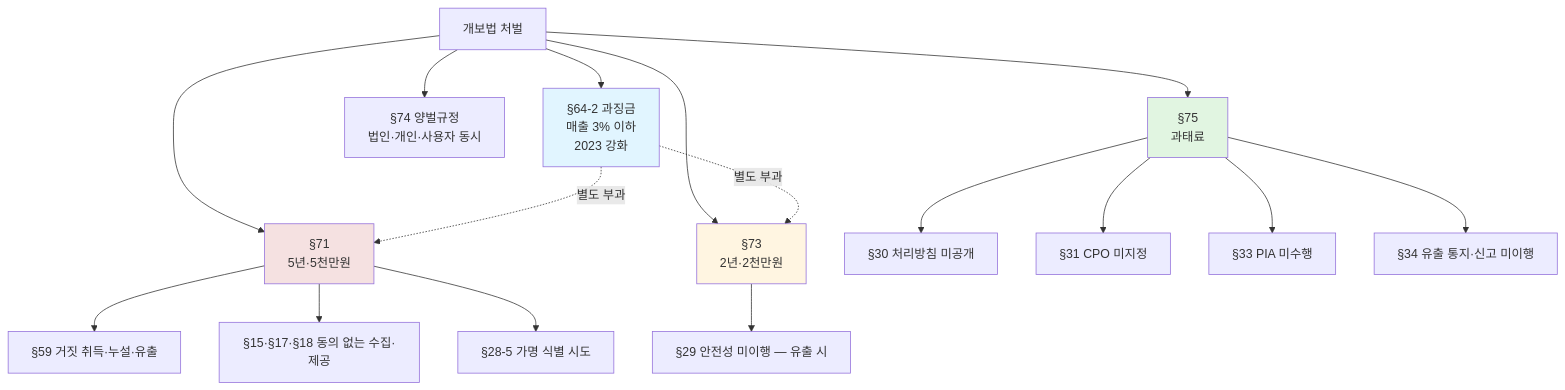
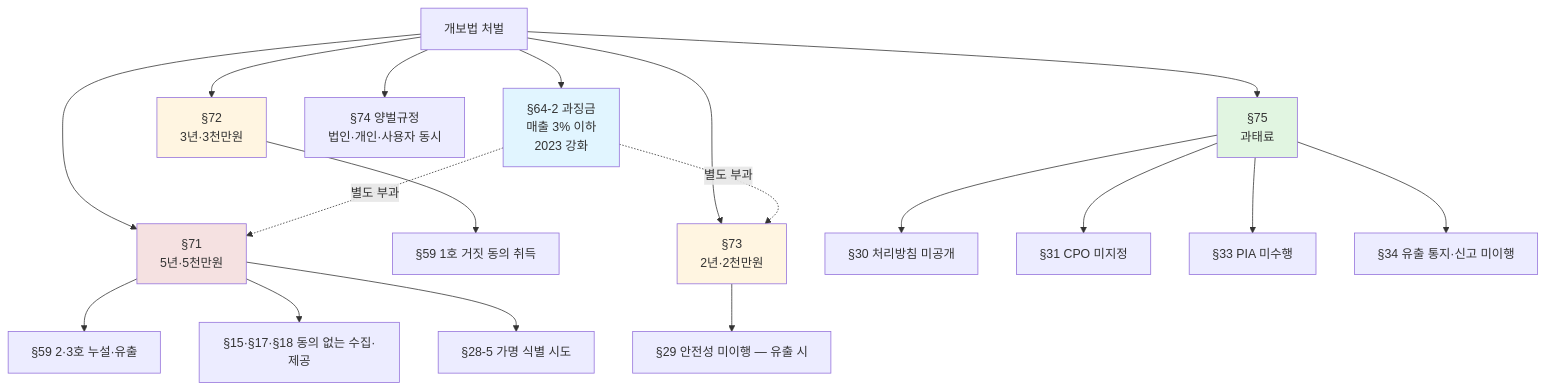
The fifth of 5 diagrams in cs/information-security/study/05.management-and-law/08.privacy-law.md (ianrang/cs-study), drawn with Mermaid before and after one commit. The commit also changed other lines of this file and 1 other file, not shown here.

````diff
--- a/cs/information-security/study/05.management-and-law/08.privacy-law.md
+++ b/cs/information-security/study/05.management-and-law/08.privacy-law.md
@@ -809,30 +818,34 @@
 ```mermaid
 graph TD
   ROOT[개보법 처벌]
 
   ROOT --> P1[§71<br/>5년·5천만원]
-  P1 --> P11[§59 거짓 취득·누설·유출]
+  P1 --> P11[§59 2·3호 누설·유출]
   P1 --> P12[§15·§17·§18 동의 없는 수집·제공]
   P1 --> P13[§28-5 가명 식별 시도]
+
+  ROOT --> P0[§72<br/>3년·3천만원]
+  P0 --> P01[§59 1호 거짓 동의 취득]
 
   ROOT --> P2[§73<br/>2년·2천만원]
   P2 --> P21[§29 안전성 미이행 — 유출 시]
 
   ROOT --> P3[§75<br/>과태료]
   P3 --> P31[§30 처리방침 미공개]
   P3 --> P32[§31 CPO 미지정]
   P3 --> P33[§33 PIA 미수행]
   P3 --> P34[§34 유출 통지·신고 미이행]
 
   ROOT --> P4[§74 양벌규정<br/>법인·개인·사용자 동시]
 
   ROOT --> P5[§64-2 과징금<br/>매출 3% 이하<br/>2023 강화]
 
   P5 -.별도 부과.-> P1
   P5 -.별도 부과.-> P2
 
   style P1 fill:#f5e1e1
+  style P0 fill:#fff5e1
   style P2 fill:#fff5e1
   style P3 fill:#e1f5e1
   style P5 fill:#e1f5ff
 ```
````
